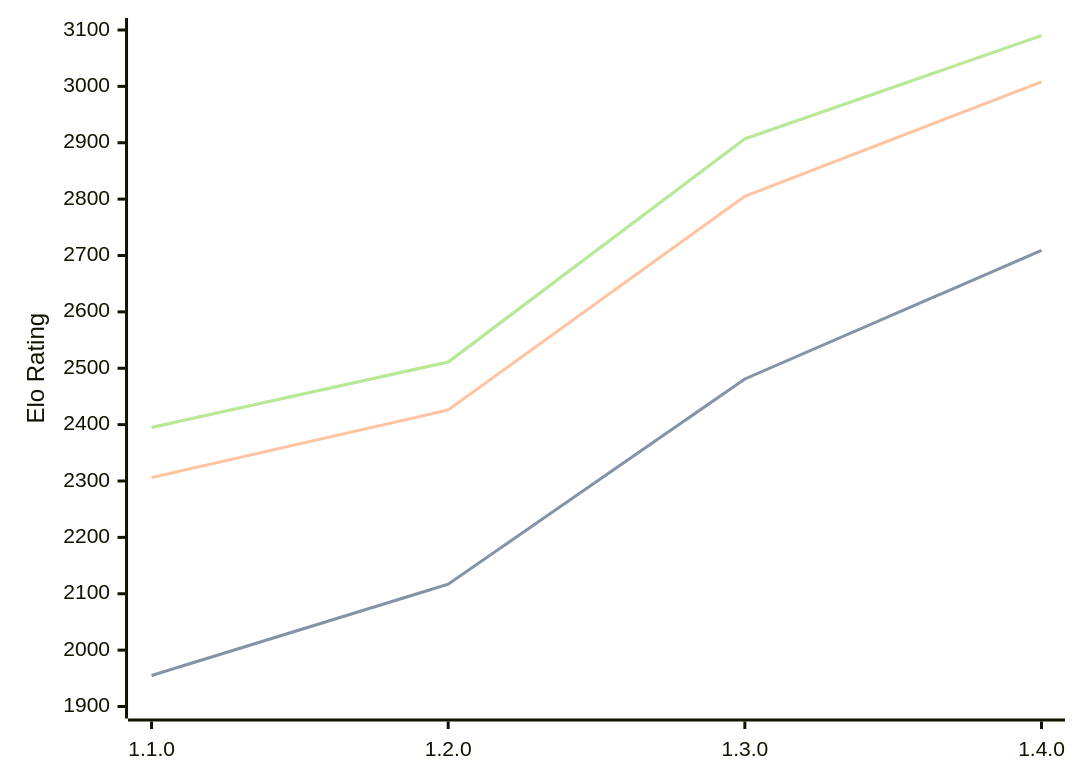
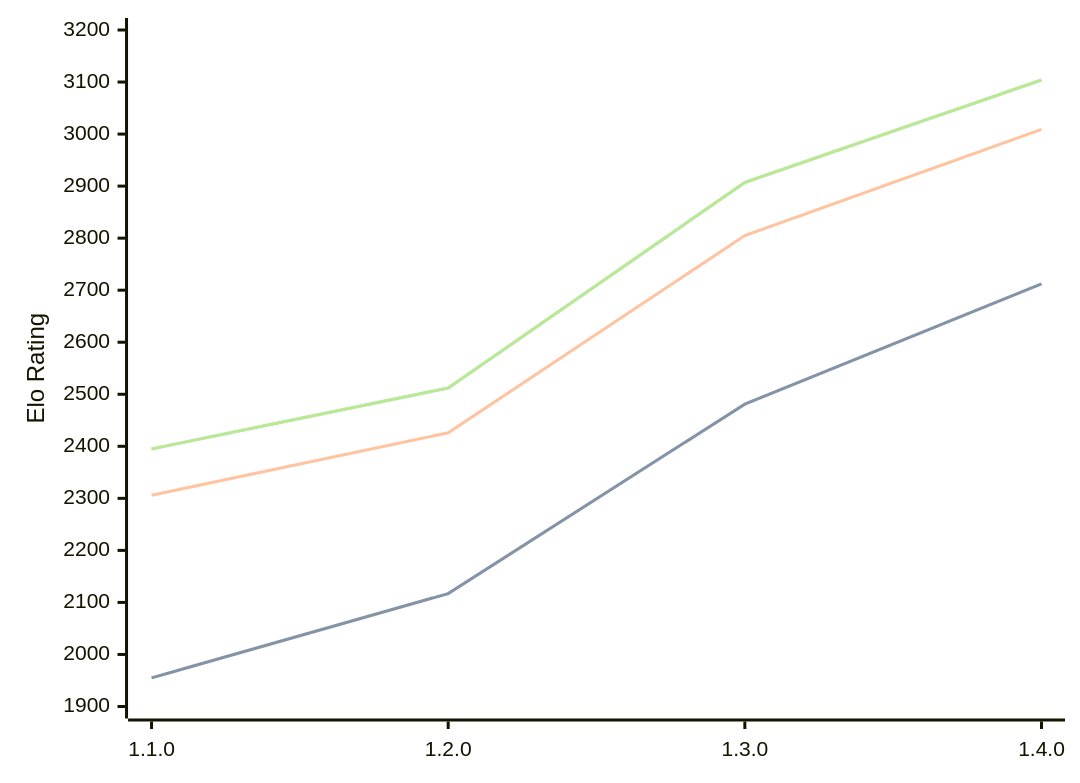
One commit to computer-chess-index/cci changed the third of 3 diagrams in engines/Gyatso.md. Above: the diagram before and after it, drawn with Mermaid. The commit also changed other lines of this file, not shown here.

Commit message:
Update CCI Ratings (ELO VLTC) - 2026-06-18

````diff
--- a/engines/Gyatso.md
+++ b/engines/Gyatso.md
@@ -68,11 +68,11 @@
 ```mermaid
 %%{init: {"theme":"base","themeVariables":{"seriesColors:['#a3a3a3','#222221','#faa371']}}}%%
 xychart-beta
   x-axis ["1.1.0", "1.2.0", "1.3.0", "1.4.0"]
-  y-axis "Elo Rating" 1900 --> 3100
-  line "STC (8.0+0.08s)" [1955, 2117, 2481, 2709]
-  line "STC (8.0+0.08s)" [1955, 2117, 2481, 2709]
-  line "LTC (60.0+0.60s)" [2306, 2426, 2805, 3008]
-  line "VLTC (2m24s+1.12s)" [2395, 2511, 2907, 3090]
-  line "VLTC (2m24s+1.12s)" [2395, 2511, 2907, 3090]
+  y-axis "Elo Rating" 1900 --> 3200
+  line "STC (8.0+0.08s)" [1955, 2117, 2481, 2712]
+  line "STC (8.0+0.08s)" [1955, 2117, 2481, 2712]
+  line "LTC (60.0+0.60s)" [2306, 2426, 2805, 3009]
+  line "VLTC (2m24s+1.12s)" [2395, 2512, 2907, 3104]
+  line "VLTC (2m24s+1.12s)" [2395, 2512, 2907, 3104]
 ```
````
